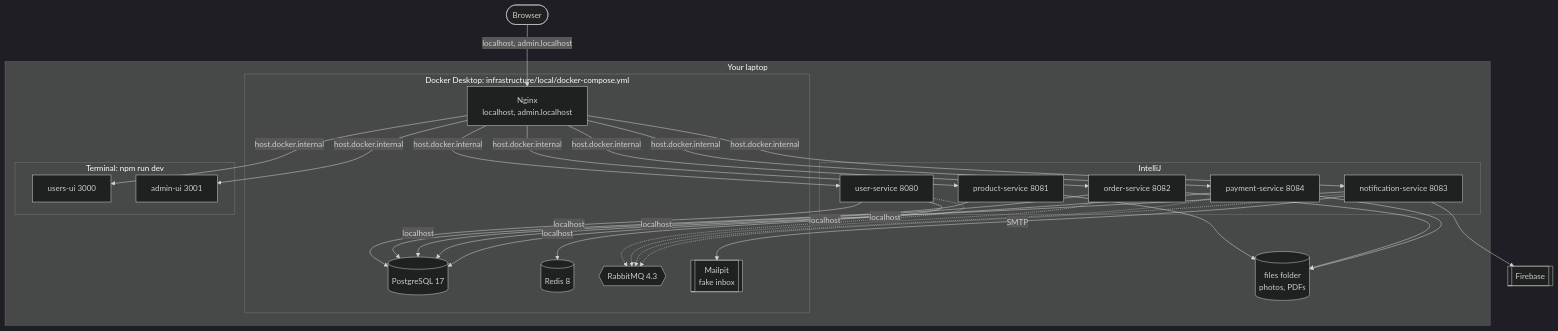
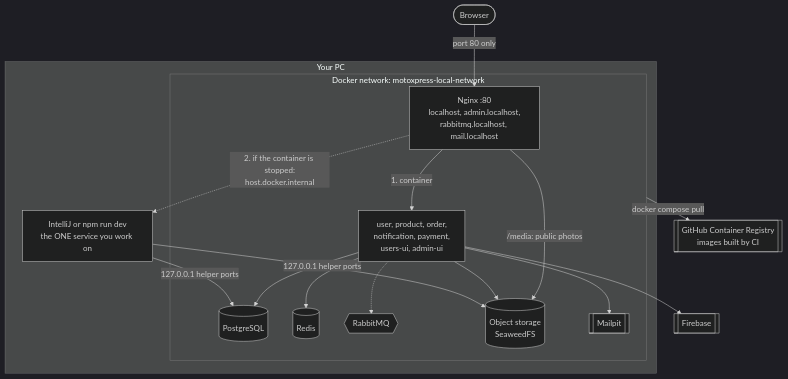
One commit to MotoXpress-wicky/infrastructure changed the diagram in docs/mvp/11-local-deployment.md. Above: the diagram before and after it, drawn with Mermaid (dark theme). The commit also changed other lines of this file and 17 other files, not shown here.

First line of the commit message:
docs(mvp): update design for environments, object storage and CI/CD

````diff
--- a/docs/mvp/11-local-deployment.md
+++ b/docs/mvp/11-local-deployment.md
@@ -6,56 +8,34 @@
 ```mermaid
 flowchart TB
     browser([Browser])
+    ghcr[["GitHub Container Registry<br/>images built by CI"]]
 
-    subgraph laptop [Your laptop]
-        subgraph docker ["Docker Desktop: infrastructure/local/docker-compose.yml"]
-            nginx["Nginx<br/>localhost, admin.localhost"]
-            pg[("PostgreSQL 17")]
-            redis[("Redis 8")]
-            mq{{"RabbitMQ 4.3"}}
-            mailpit[["Mailpit<br/>fake inbox"]]
+    subgraph pc [Your PC]
+        subgraph docker ["Docker network: motoxpress-local-network"]
+            nginx["Nginx :80<br/>localhost, admin.localhost,<br/>rabbitmq.localhost, mail.localhost"]
+            apps["user, product, order,<br/>notification, payment,<br/>users-ui, admin-ui"]
+            pg[("PostgreSQL")]
+            redis[("Redis")]
+            mq{{"RabbitMQ"}}
+            storage[("Object storage<br/>SeaweedFS")]
+            mailpit[["Mailpit"]]
         end
-
-        subgraph ide [IntelliJ]
-            user["user-service 8080"]
-            product["product-service 8081"]
-            order["order-service 8082"]
-            notif["notification-service 8083"]
-            payment["payment-service 8084"]
-        end
-
-        subgraph vite ["Terminal: npm run dev"]
-            usersui["users-ui 3000"]
-            adminui["admin-ui 3001"]
-        end
-
-        files[("files folder<br/>photos, PDFs")]
+        ide["IntelliJ or npm run dev<br/>the ONE service you work on"]
     end
 
     fcm[["Firebase"]]
 
-    browser -->|"localhost, admin.localhost"| nginx
-    nginx -->|host.docker.internal| usersui
-    nginx -->|host.docker.internal| adminui
-    nginx -->|host.docker.internal| user
-    nginx -->|host.docker.internal| product
-    nginx -->|host.docker.internal| order
-    nginx -->|host.docker.internal| notif
-    nginx -->|host.docker.internal| payment
-
-    user -->|localhost| pg
-    product -->|localhost| pg
-    order -->|localhost| pg
-    notif -->|localhost| pg
-    payment -->|localhost| pg
-    user -->|localhost| redis
-    user -.-> mq
-    order -.-> mq
-    payment -.-> mq
-    notif -.-> mq
-    notif -->|SMTP| mailpit
-    notif --> fcm
-    product --> files
-    order --> files
-    payment --> files
+    browser -->|"port 80 only"| nginx
+    nginx -->|"1. container"| apps
+    nginx -.->|"2. if the container is stopped:<br/>host.docker.internal"| ide
+    nginx -->|"/media: public photos"| storage
+    apps --> pg
+    apps --> redis
+    apps -.-> mq
+    apps --> storage
+    apps --> mailpit
+    apps --> fcm
+    ide -->|"127.0.0.1 helper ports"| pg
+    ide -->|"127.0.0.1 helper ports"| storage
+    docker -->|"docker compose pull"| ghcr
 ```
````
